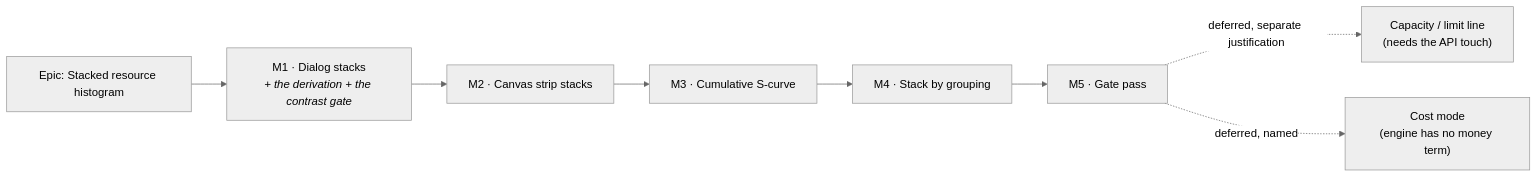
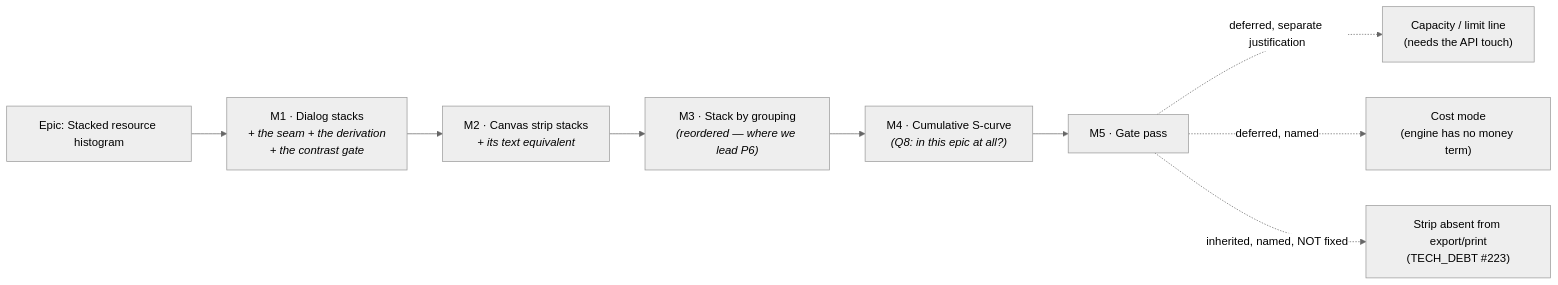
One commit to HuttonHomeHub/SchedulePoint_1 changed the diagram in docs/specs/stacked-resource-histogram/implementation-plan.md. Above: the diagram before and after it, drawn with Mermaid (neutral theme). The commit also changed other lines of this file and 2 other files, not shown here.

````diff
--- a/docs/specs/stacked-resource-histogram/implementation-plan.md
+++ b/docs/specs/stacked-resource-histogram/implementation-plan.md
@@ -15,10 +23,11 @@
 ```mermaid
 flowchart LR
-  E["Epic: Stacked resource histogram"] --> M1["M1 · Dialog stacks<br/><i>+ the derivation + the contrast gate</i>"]
-  M1 --> M2["M2 · Canvas strip stacks"]
-  M2 --> M3["M3 · Cumulative S-curve"]
-  M3 --> M4["M4 · Stack by grouping"]
+  E["Epic: Stacked resource histogram"] --> M1["M1 · Dialog stacks<br/><i>+ the seam + the derivation<br/>+ the contrast gate</i>"]
+  M1 --> M2["M2 · Canvas strip stacks<br/><i>+ its text equivalent</i>"]
+  M2 --> M3["M3 · Stack by grouping<br/><i>(reordered — where we lead P6)</i>"]
+  M3 --> M4["M4 · Cumulative S-curve<br/><i>(Q8: in this epic at all?)</i>"]
   M4 --> M5["M5 · Gate pass"]
   M5 -.deferred, separate justification.-> X["Capacity / limit line<br/>(needs the API touch)"]
   M5 -.deferred, named.-> Y["Cost mode<br/>(engine has no money term)"]
+  M5 -.inherited, named, NOT fixed.-> Z["Strip absent from export/print<br/>(TECH_DEBT #223)"]
 ```
````
